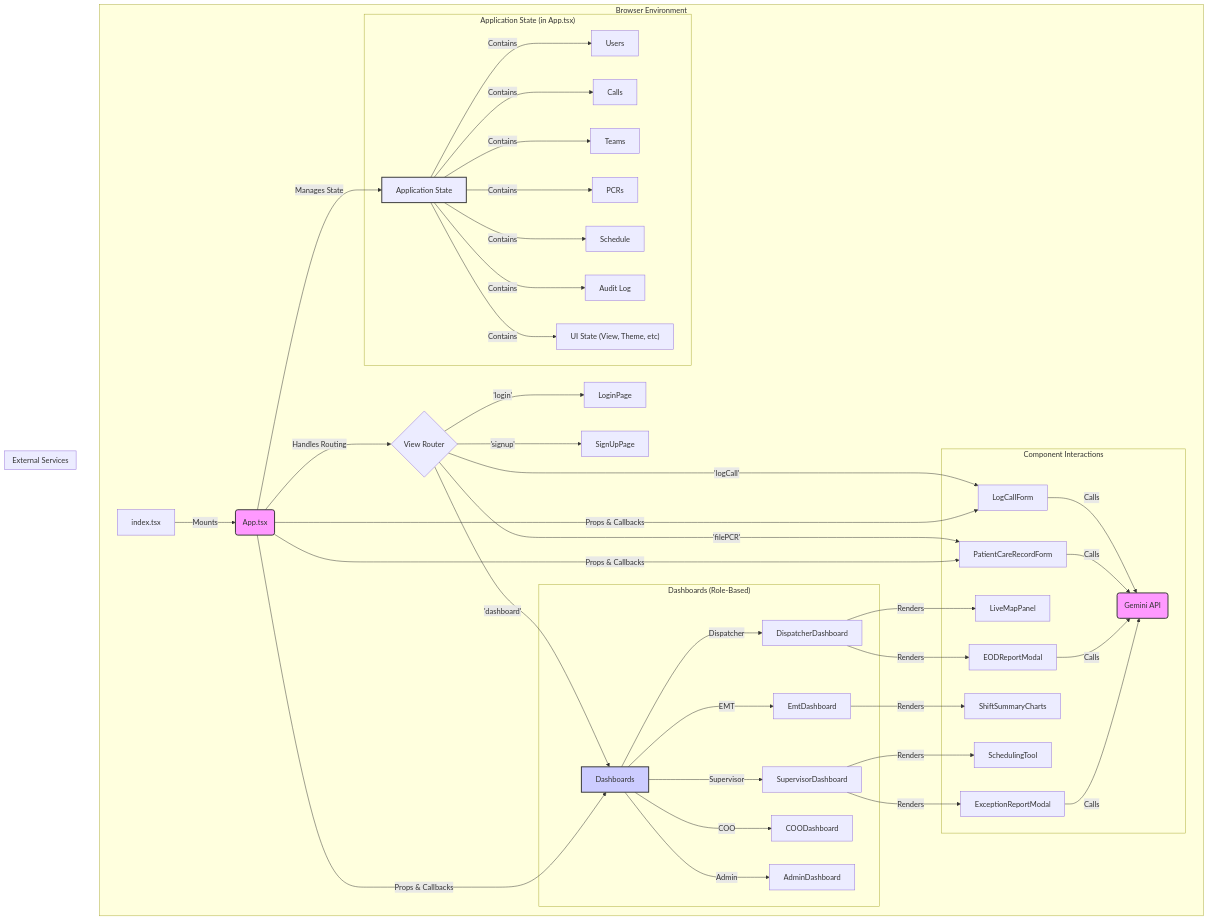
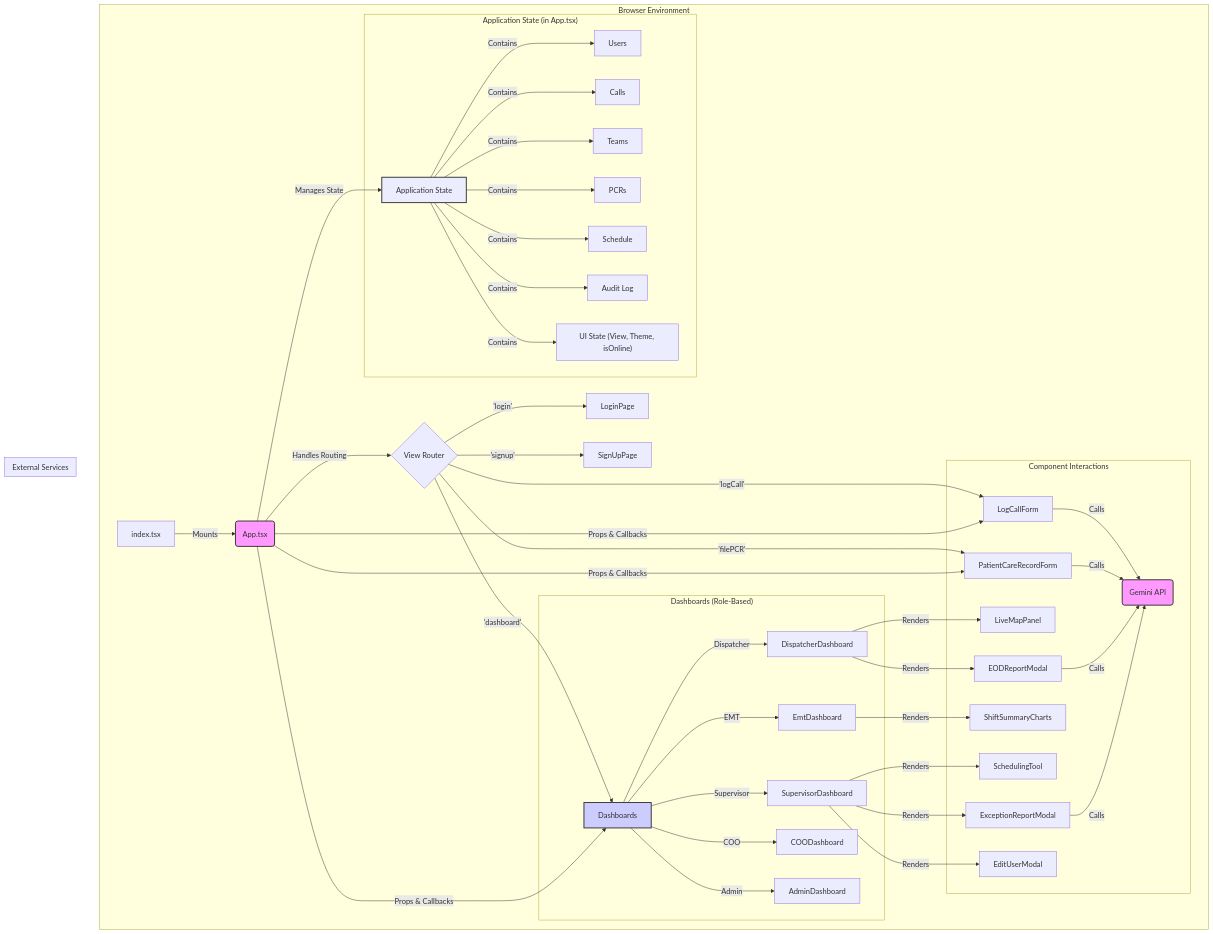
Before and after one commit to ritvikindupuri/PulseEris: the first of 3 diagrams in TECHNICAL_DOCUMENTATION.md, drawn with Mermaid. The commit also changed other lines of this file and 27 other files, not shown here.

````diff
--- a/TECHNICAL_DOCUMENTATION.md
+++ b/TECHNICAL_DOCUMENTATION.md
@@ -27,58 +27,59 @@
 ```mermaid
 graph TD;
     subgraph "Browser Environment";
         A[index.tsx] -->|Mounts| B(App.tsx);
         B -- Manages State --> S[Application State];
         B -- Handles Routing --> V{View Router};
 
         subgraph "Application State (in App.tsx)";
             style S fill:#lightgrey,stroke:#333,stroke-width:2px;
             S -- Contains --> C[Users];
             S -- Contains --> D[Calls];
             S -- Contains --> E[Teams];
             S -- Contains --> F[PCRs];
             S -- Contains --> G[Schedule];
             S -- Contains --> H[Audit Log];
-            S -- Contains --> I["UI State (View, Theme, etc)"];
+            S -- Contains --> I["UI State (View, Theme, isOnline)"];
         end;
         
         V -->|'login'| Login[LoginPage];
         V -->|'signup'| SignUp[SignUpPage];
         V -->|'dashboard'| Dashboards;
         V -->|'logCall'| LogCall[LogCallForm];
         V -->|'filePCR'| FilePCR[PatientCareRecordForm];
         
         B -->|Props & Callbacks| Dashboards;
         B -->|Props & Callbacks| LogCall;
         B -->|Props & Callbacks| FilePCR;
 
         subgraph "Dashboards (Role-Based)";
             style Dashboards fill:#ccf,stroke:#333,stroke-width:2px;
             Dashboards -->|Dispatcher| D_Dash[DispatcherDashboard];
             Dashboards -->|EMT| E_Dash[EmtDashboard];
             Dashboards -->|Supervisor| S_Dash[SupervisorDashboard];
             Dashboards -->|COO| C_Dash[COODashboard];
             Dashboards -->|Admin| A_Dash[AdminDashboard];
         end;
 
         subgraph "Component Interactions";
             D_Dash -- Renders --> LiveMap[LiveMapPanel];
             D_Dash -- Renders --> EODModal[EODReportModal];
             E_Dash -- Renders --> Charts[ShiftSummaryCharts];
             S_Dash -- Renders --> Scheduler[SchedulingTool];
             S_Dash -- Renders --> ExceptionModal[ExceptionReportModal];
+            S_Dash -- Renders --> EditUserModal[EditUserModal];
 
             LogCall -- Calls --> Gemini[Gemini API];
             FilePCR -- Calls --> Gemini;
             EODModal -- Calls --> Gemini;
             ExceptionModal -- Calls --> Gemini;
         end;
     end;
 
     subgraph "External Services";
         style Gemini fill:#f9f,stroke:#333,stroke-width:2px;
         Gemini(Gemini API);
     end;
 
     style B fill:#f9f,stroke:#333,stroke-width:2px;
 ```
````
